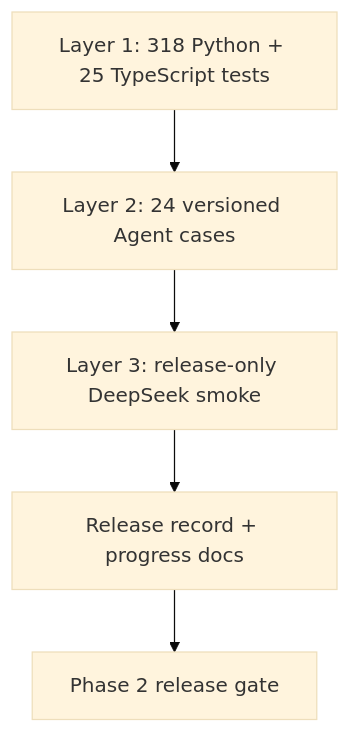
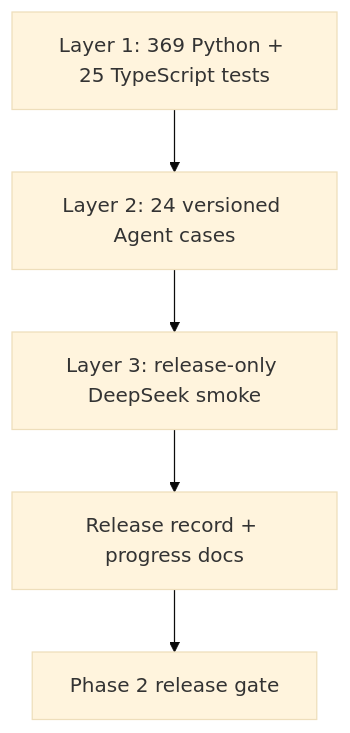
Before and after one commit to NEDONION/lobster0: the first of 4 diagrams in docs/engineering/phase-2/testing-and-debugging.md, drawn with Mermaid (base theme). The commit also changed other lines of this file and 18 other files, not shown here.

````diff
--- a/docs/engineering/phase-2/testing-and-debugging.md
+++ b/docs/engineering/phase-2/testing-and-debugging.md
@@ -22,7 +22,7 @@
 ```mermaid
 flowchart TB
-    UNIT["Layer 1: 318 Python + 25 TypeScript tests"] --> OFFLINE["Layer 2: 24 versioned Agent cases"]
+    UNIT["Layer 1: 369 Python + 25 TypeScript tests"] --> OFFLINE["Layer 2: 24 versioned Agent cases"]
     OFFLINE --> LIVE["Layer 3: release-only DeepSeek smoke"]
     LIVE --> DOC["Release record + progress docs"]
     DOC --> RELEASE["Phase 2 release gate"]
 ```
````
